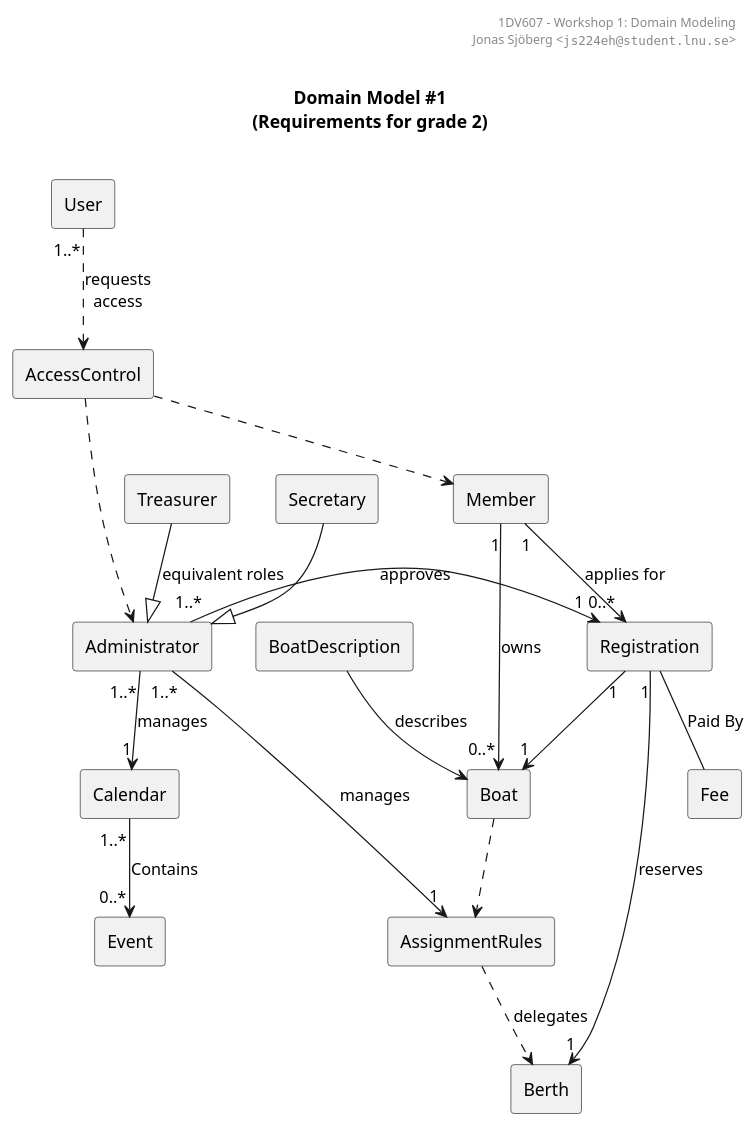
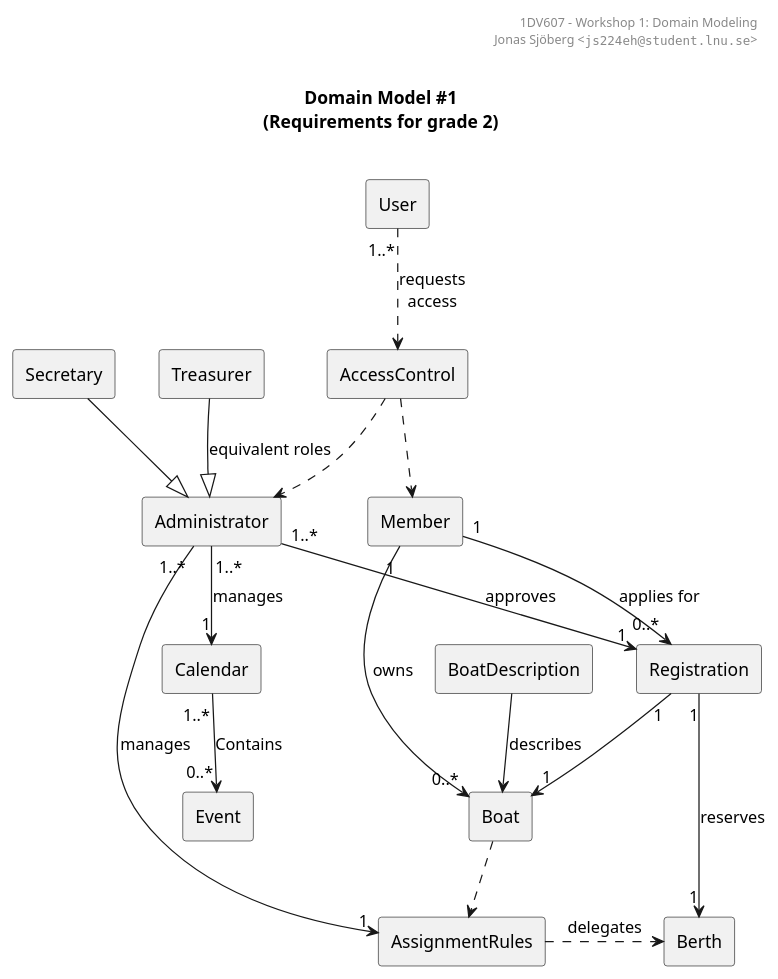
One commit to jonasjberg/1dv607_workshop1 changed the diagram in workshop1/uml/domain-model_1.puml. Above: the diagram before and after it, drawn with PlantUML. The commit also changed 2 other files, not shown here.

Commit message:
Remove 'Fee' from Domain Model #1.

```diff
--- a/workshop1/uml/domain-model_1.puml
+++ b/workshop1/uml/domain-model_1.puml
@@ -11,66 +11,64 @@
 @startuml
 ' ______________________________________________________________________________
 ' ____ CONFIGURATION OPTIONS ___________________________________________________
 ' debug flag creates a 'svek.dot' and 'svek.svg' file in ~/
 ' !pragma svek_trace on
 
 skinparam {
     monochrome true
     'backgroundColor transparent
     classBackgroundColor transparent
     style strictuml
 }
 
 ' ______________________________________________________________________________
 ' ____ USECASE DIAGRAM _________________________________________________________
 
 header
 1DV607 - Workshop 1: Domain Modeling
 Jonas Sjöberg <""js224eh@student.lnu.se"">
 end header
 
 title \nDomain Model #1\n(Requirements for grade 2)\n
 
 agent User
 agent Administrator
 agent Member
 agent Treasurer
 agent Secretary
 
 agent AccessControl
 agent Berth
 agent Boat
 agent BoatDescription
 agent Calendar
 agent Event
-agent Fee
 agent Registration
 agent AssignmentRules
+
+User "1..*" ..> AccessControl : requests\naccess
 
 AccessControl ..> Member
 AccessControl ..> Administrator
 
-BoatDescription --> Boat : describes
 
 Treasurer --|> Administrator : equivalent roles
 Secretary --|> Administrator
 
-User "1..*" ..> AccessControl : requests\naccess
-
+Administrator "1..*" --> "1" AssignmentRules : manages
+Administrator "1..*" --> "1" Registration : approves
 Administrator "1..*" --> "1" Calendar : manages
-Administrator "1..*" --> "1" AssignmentRules : manages
-Administrator "1..*" -> "1" Registration : approves
-
-Member "1" --> "0..*" Boat : owns
-Member "1" --> "0..*" Registration : applies for
-
-Registration -- Fee : Paid By
-Registration "1" --> "1" Boat
-Registration "1" -> "1" Berth : reserves
-
 Calendar "1..*" --> "0..*" Event : Contains
 
+Member "1" --> "0..*" Registration : applies for
+Member "1" --> "0..*" Boat : owns
+
+Registration "1" --> "1" Boat
+Registration "1" --> "1" Berth : reserves
+
 Boat ..> AssignmentRules
-AssignmentRules ..> Berth : delegates
+AssignmentRules .> Berth : delegates
+
+BoatDescription --> Boat : describes
 
 @enduml
```
